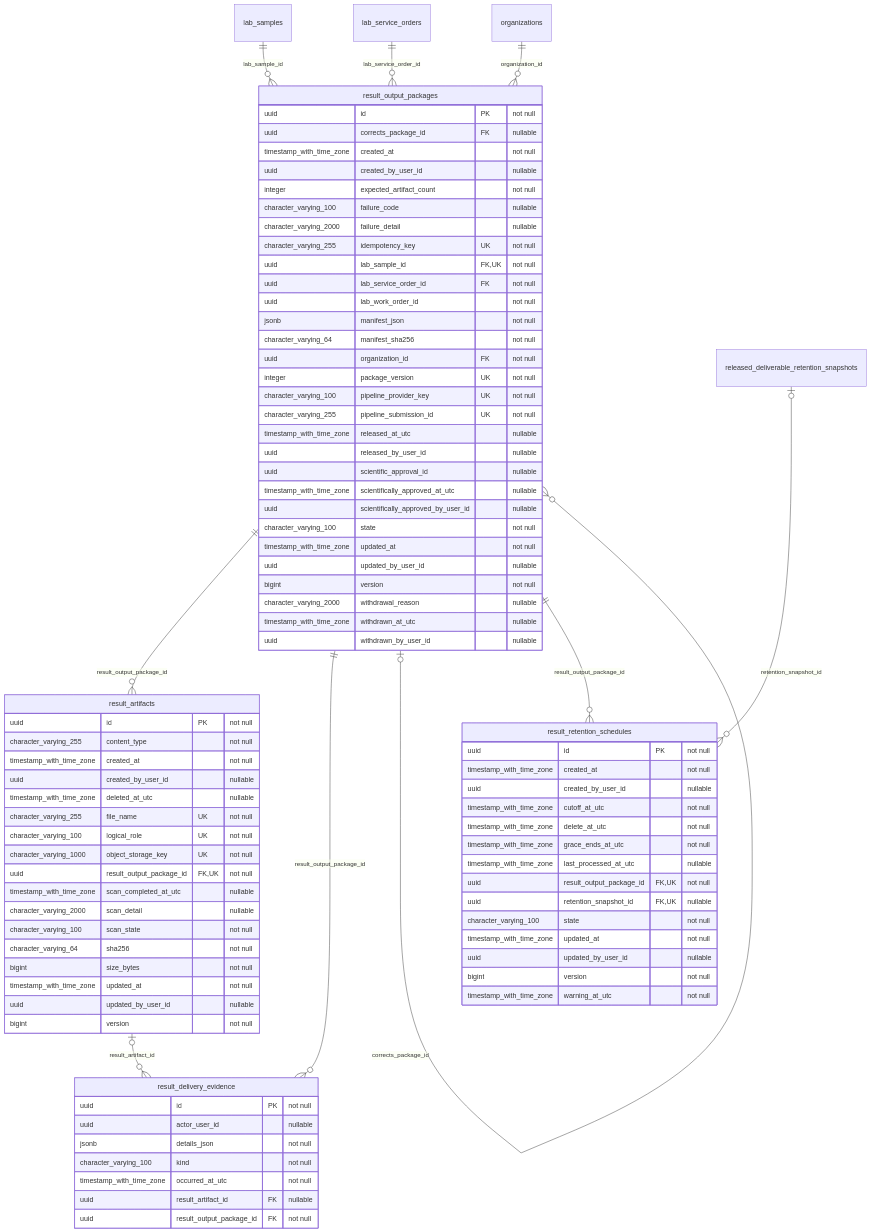
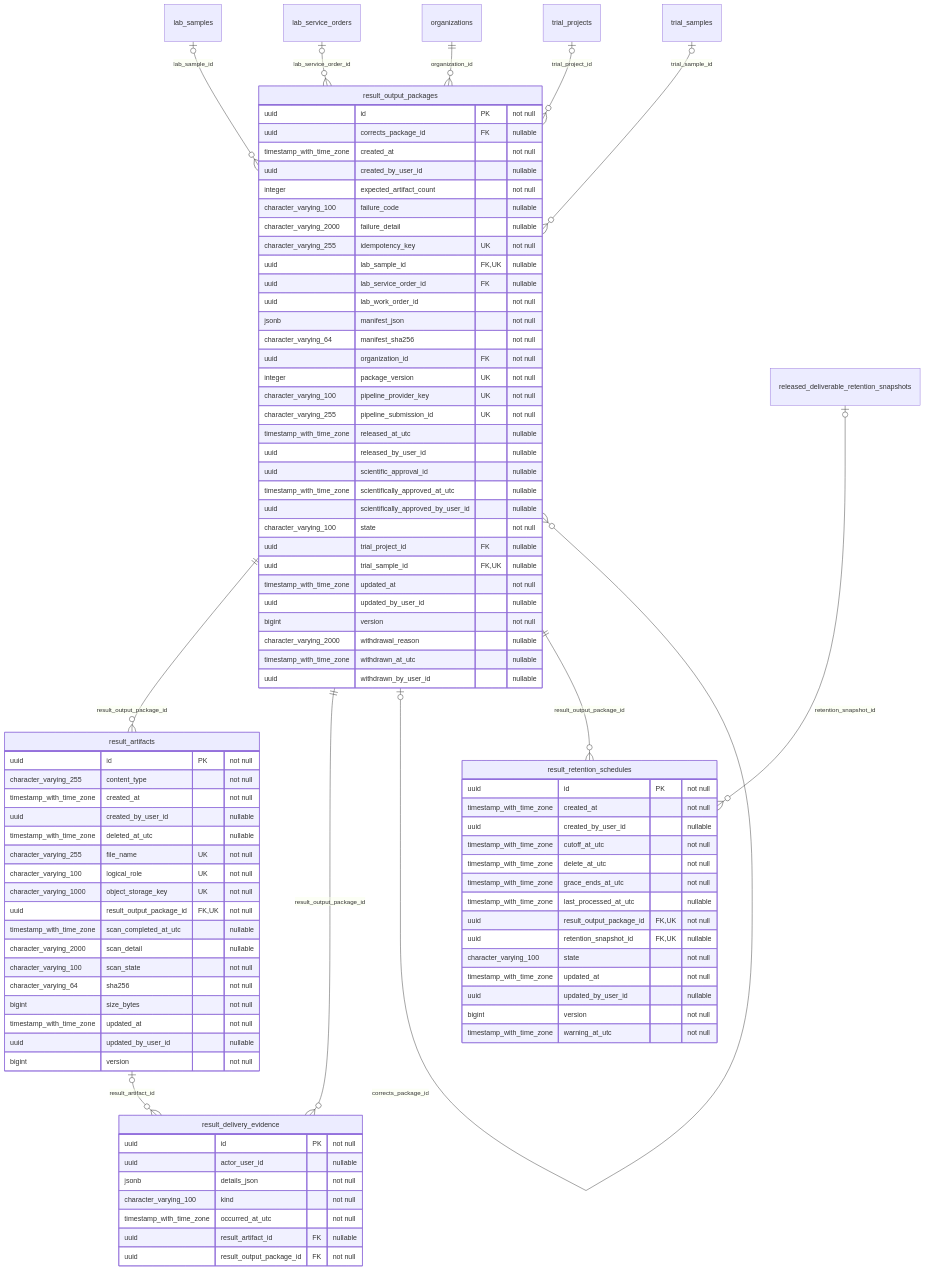
The eighth of 23 diagrams in docs/database-erd.md (behaack/phaeno-ops-mgmt-system), drawn with Mermaid before and after one commit. The commit also changed other lines of this file and 96 other files, not shown here.

Commit message:
Complete initial PSeq Trial project integration

````diff
--- a/docs/database-erd.md
+++ b/docs/database-erd.md
@@ -996,8 +996,8 @@
         character_varying_100 failure_code "nullable"
         character_varying_2000 failure_detail "nullable"
         character_varying_255 idempotency_key UK "not null"
-        uuid lab_sample_id FK,UK "not null"
-        uuid lab_service_order_id FK "not null"
+        uuid lab_sample_id FK,UK "nullable"
+        uuid lab_service_order_id FK "nullable"
         uuid lab_work_order_id "not null"
         jsonb manifest_json "not null"
         character_varying_64 manifest_sha256 "not null"
@@ -1011,6 +1011,8 @@
         timestamp_with_time_zone scientifically_approved_at_utc "nullable"
         uuid scientifically_approved_by_user_id "nullable"
         character_varying_100 state "not null"
+        uuid trial_project_id FK "nullable"
+        uuid trial_sample_id FK,UK "nullable"
         timestamp_with_time_zone updated_at "not null"
         uuid updated_by_user_id "nullable"
         bigint version "not null"
@@ -1038,9 +1040,11 @@
     result_artifacts o|--o{ result_delivery_evidence : "result_artifact_id"
     result_output_packages ||--o{ result_delivery_evidence : "result_output_package_id"
     result_output_packages o|--o{ result_output_packages : "corrects_package_id"
-    lab_samples ||--o{ result_output_packages : "lab_sample_id"
-    lab_service_orders ||--o{ result_output_packages : "lab_service_order_id"
+    lab_samples o|--o{ result_output_packages : "lab_sample_id"
+    lab_service_orders o|--o{ result_output_packages : "lab_service_order_id"
     organizations ||--o{ result_output_packages : "organization_id"
+    trial_projects o|--o{ result_output_packages : "trial_project_id"
+    trial_samples o|--o{ result_output_packages : "trial_sample_id"
     result_output_packages ||--o{ result_retention_schedules : "result_output_package_id"
     released_deliverable_retention_snapshots o|--o{ result_retention_schedules : "retention_snapshot_id"
 ```
````
